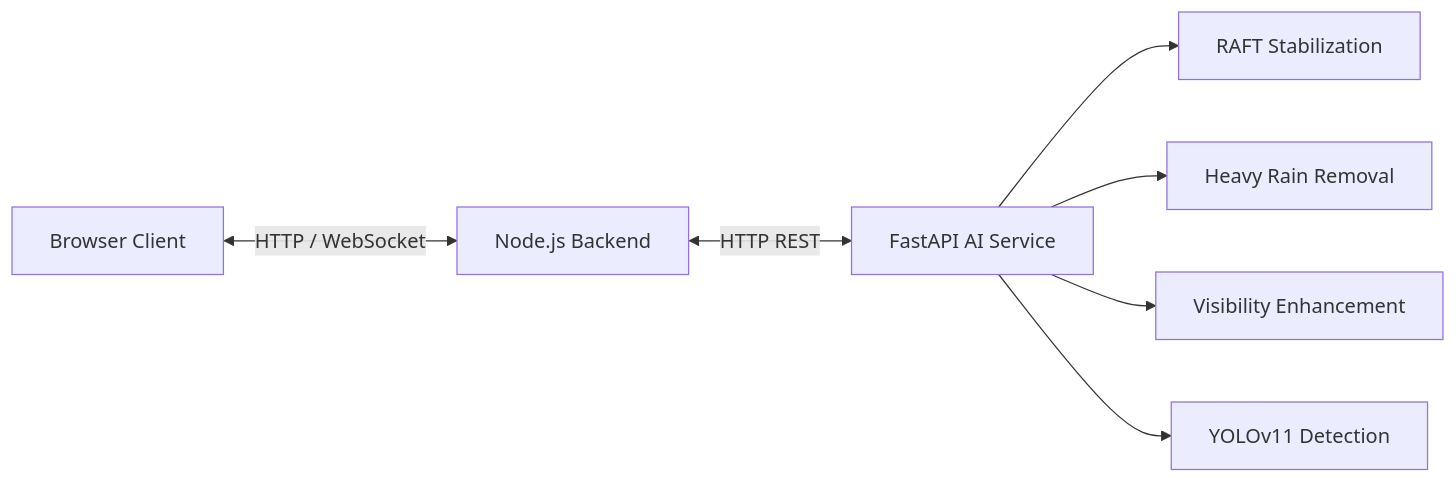
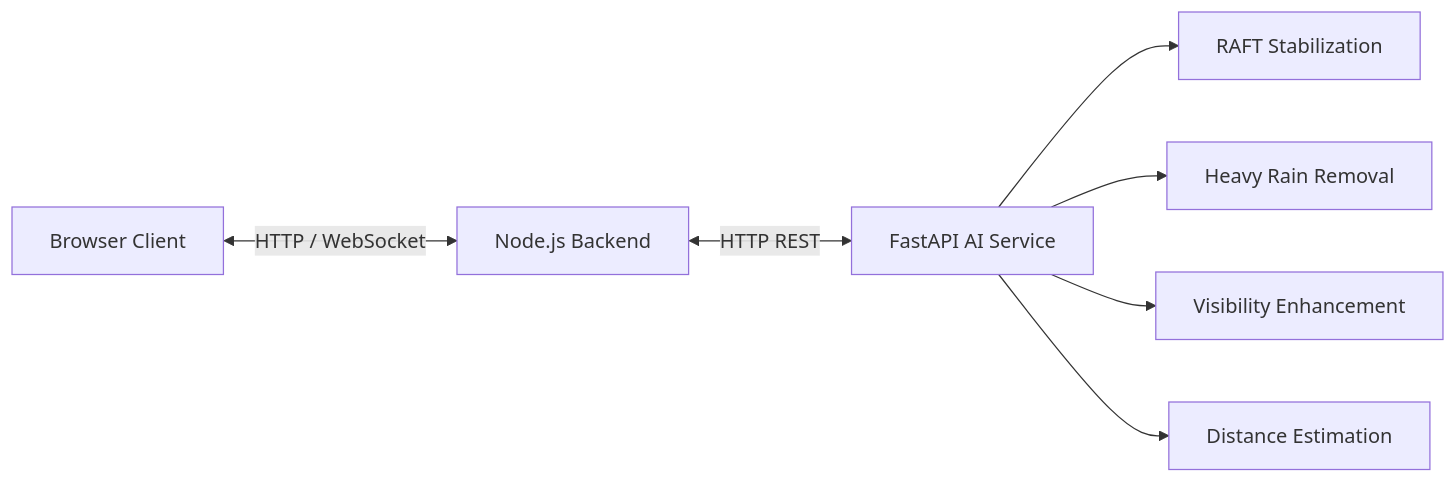
The diagram in video-ai-platform/README.md (ashishrolaniya576/video-ai-platform), drawn with Mermaid before and after one commit. The commit also changed other lines of this file and 1 other file, not shown here.

Commit message:
Replace YOLO with DistanceEstimation and improve project stability

````diff
--- a/video-ai-platform/README.md
+++ b/video-ai-platform/README.md
@@ -15,9 +15,9 @@
 ```mermaid
 graph LR
     Client[Browser Client] <-->|HTTP / WebSocket| Backend[Node.js Backend]
     Backend <-->|HTTP REST| AI[FastAPI AI Service]
     AI --> RAFT[RAFT Stabilization]
     AI --> Rain[Heavy Rain Removal]
     AI --> PromptIR[Visibility Enhancement]
-    AI --> YOLO[YOLOv11 Detection]
+    AI --> Distance[Distance Estimation]
 ```
````
